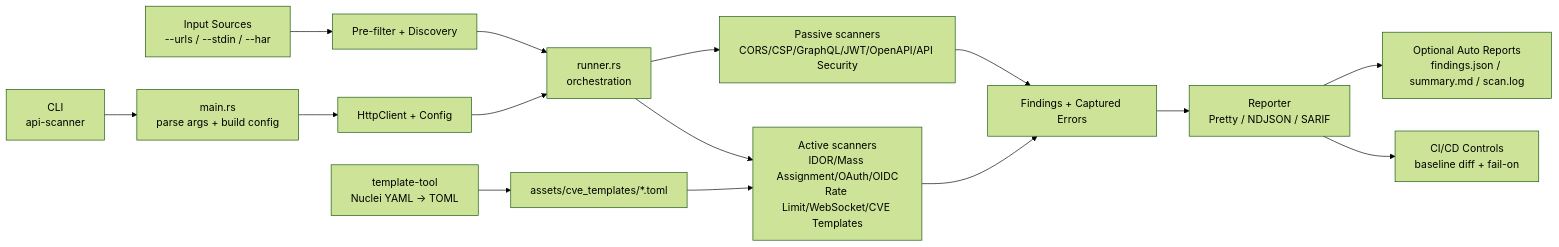
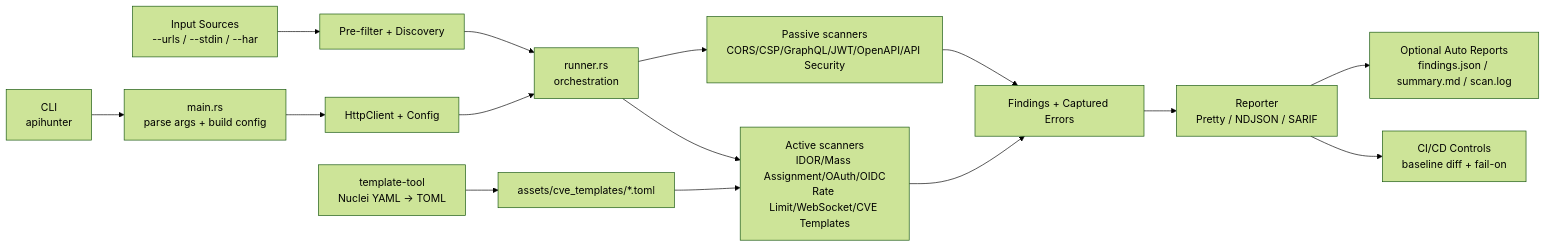
The diagram in Readme.md (Teycir/ApiHunter), drawn with Mermaid (forest theme) before and after one commit. The commit also changed other lines of this file and 9 other files, not shown here.

First line of the commit message:
refactor: standardize CLI binary name to apihunter only

````diff
--- a/Readme.md
+++ b/Readme.md
@@ -32,20 +30,20 @@
 ```mermaid
 flowchart LR
-    A[CLI<br/>api-scanner] --> B[main.rs<br/>parse args + build config]
+    A[CLI<br/>apihunter] --> B[main.rs<br/>parse args + build config]
     D[Input Sources<br/>--urls / --stdin / --har] --> E[Pre-filter + Discovery]
     B --> C[HttpClient + Config]
     E --> F[runner.rs<br/>orchestration]
     C --> F
 
     F --> G1[Passive scanners<br/>CORS/CSP/GraphQL/JWT/OpenAPI/API Security]
     F --> G2[Active scanners<br/>IDOR/Mass Assignment/OAuth/OIDC<br/>Rate Limit/WebSocket/CVE Templates]
 
     I[template-tool<br/>Nuclei YAML -> TOML] --> H[assets/cve_templates/*.toml]
     H --> G2
 
     G1 --> J[Findings + Captured Errors]
     G2 --> J
     J --> K[Reporter<br/>Pretty / NDJSON / SARIF]
     K --> L[Optional Auto Reports<br/>findings.json / summary.md / scan.log]
     K --> M[CI/CD Controls<br/>baseline diff + fail-on]
 ```
````
